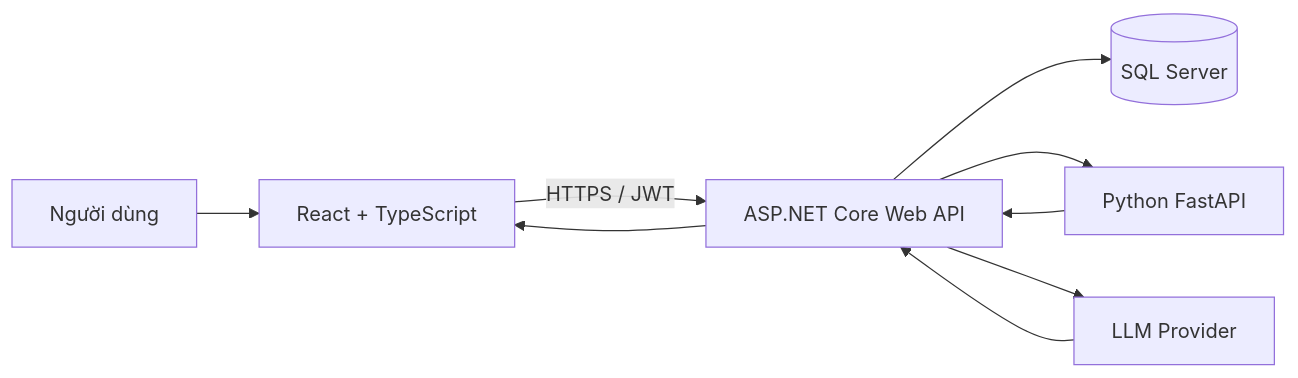
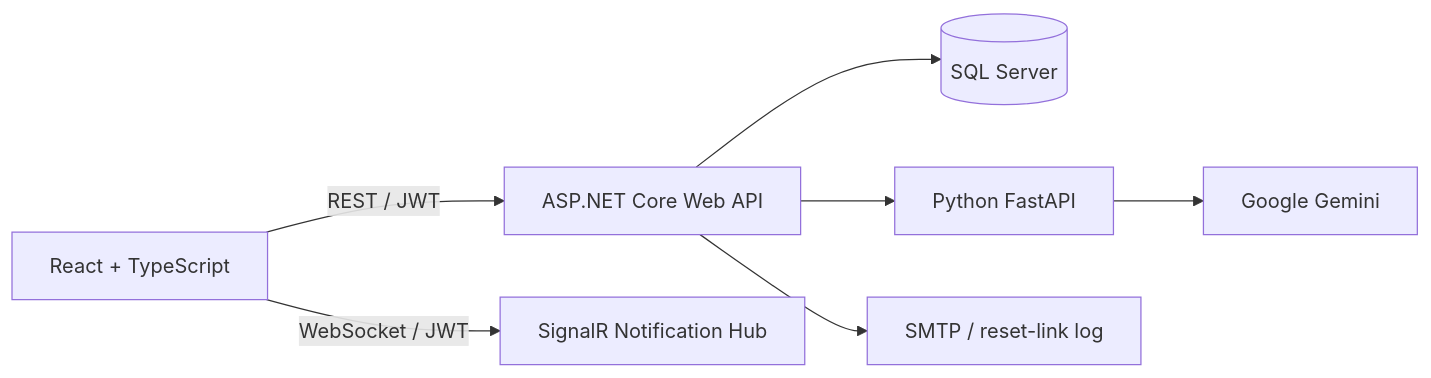
One commit to tuanPeo27/MoneyMind_AI changed the diagram in README.md. Above: the diagram before and after it, drawn with Mermaid. The commit also changed other lines of this file and 1 other file, not shown here.

````diff
--- a/README.md
+++ b/README.md
@@ -57,11 +46,9 @@
 ```mermaid
 flowchart LR
-    U[Người dùng] --> FE[React + TypeScript]
-    FE -->|HTTPS / JWT| API[ASP.NET Core Web API]
+    Browser[React + TypeScript] -->|REST / JWT| API[ASP.NET Core Web API]
+    Browser -->|WebSocket / JWT| Hub[SignalR Notification Hub]
     API --> DB[(SQL Server)]
     API --> AI[Python FastAPI]
-    API --> LLM[LLM Provider]
-    AI --> API
-    LLM --> API
-    API --> FE
+    AI --> Gemini[Google Gemini]
+    API --> Mail[SMTP / reset-link log]
 ```
````
